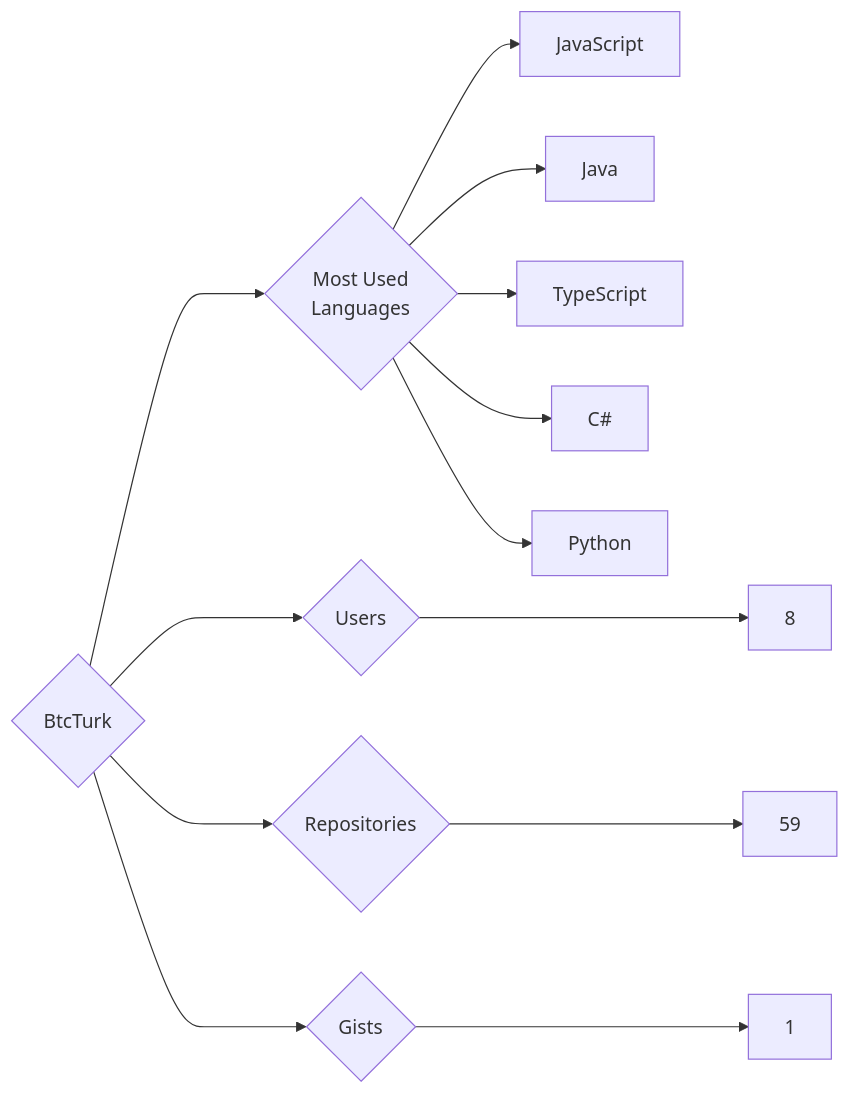
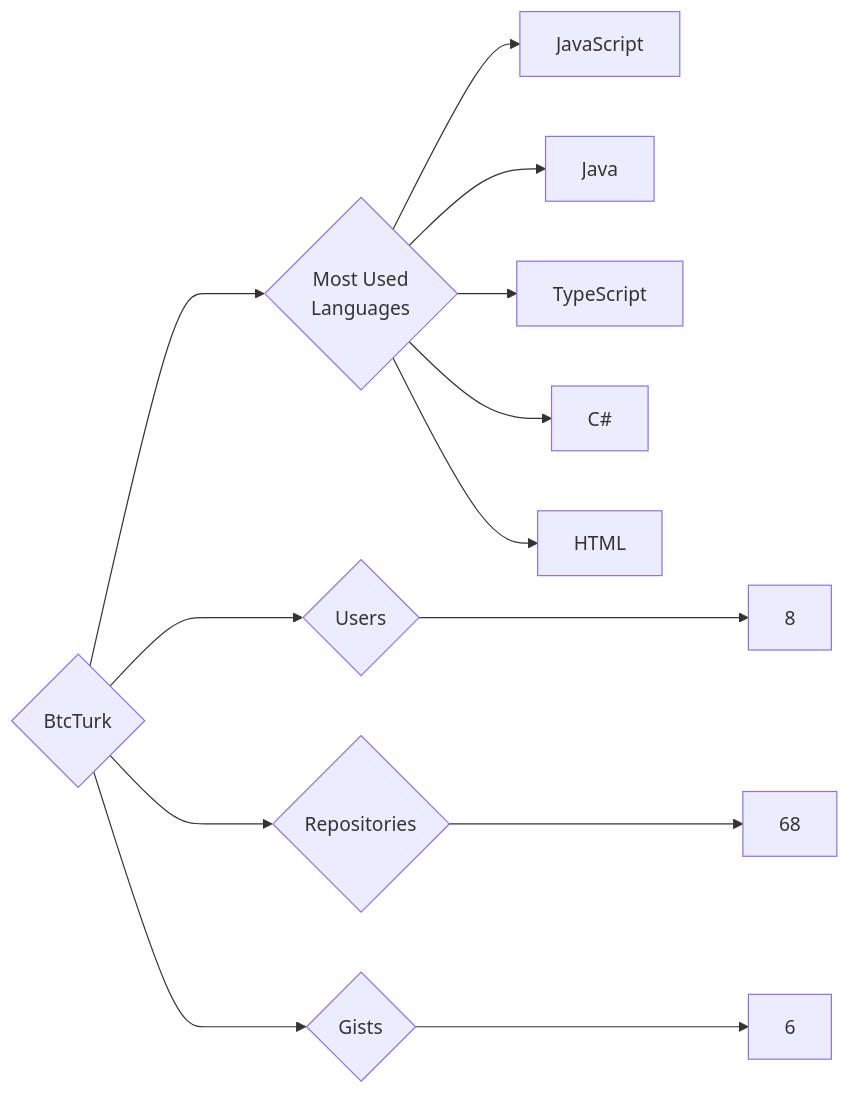
Before and after one commit to trickest/insiders: the diagram in targets/BtcTurk/README.md, drawn with Mermaid. The commit also changed 1175 other files, not shown here.

````diff
--- a/targets/BtcTurk/README.md
+++ b/targets/BtcTurk/README.md
@@ -3,13 +3,13 @@
 ```mermaid
 graph LR
 COMPANY_NAME{BtcTurk}
 COMPANY_NAME ---> U{Users} ---> UN[8]
-COMPANY_NAME ---> R{Repositories} ---> RN[59]
-COMPANY_NAME ---> G{Gists} ---> GN[1]
+COMPANY_NAME ---> R{Repositories} ---> RN[68]
+COMPANY_NAME ---> G{Gists} ---> GN[6]
 COMPANY_NAME ---> ML{Most Used<br>Languages}
 ML --> JavaScript[JavaScript]
 ML --> Java[Java]
 ML --> TypeScript[TypeScript]
 ML --> C#[C#]
-ML --> Python[Python]
+ML --> HTML[HTML]
 ```
````
